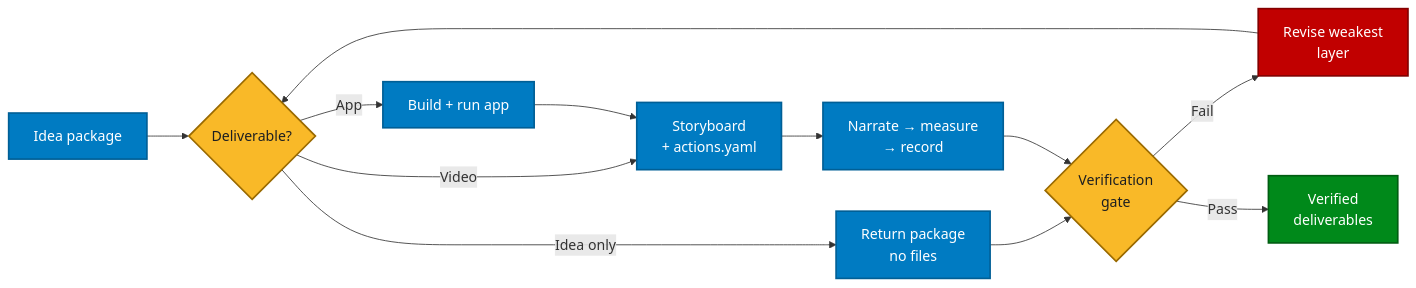
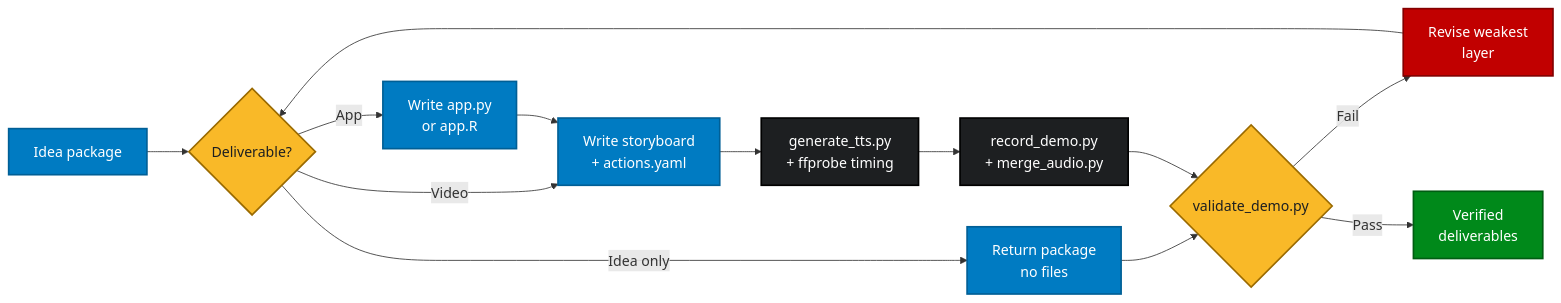
One commit to karangattu/shiny-component-shorts changed the second of 4 diagrams in presentation/loop-engineering.qmd. Above: the diagram before and after it, drawn with Mermaid. The commit also changed other lines of this file and 4 other files, not shown here.

Commit message:
add legend to mermaid diagrams

````diff
--- a/presentation/loop-engineering.qmd
+++ b/presentation/loop-engineering.qmd
@@ -385,24 +387,27 @@
 ```{mermaid}
 %%{init: {"themeVariables": {"fontFamily": "system-ui, -apple-system, sans-serif", "fontSize": "17px"}}}%%
 flowchart LR
     A["Idea package"] --> B{"Deliverable?"}
     B -- "Idea only" --> C["Return package<br/>no files"]
-    B -- "App" --> D["Build + run app"]
-    B -- "Video" --> E["Storyboard<br/>+ actions.yaml"]
+    B -- "App" --> D["Write app.py<br/>or app.R"]
+    B -- "Video" --> E["Write storyboard<br/>+ actions.yaml"]
     D --> E
-    E --> F["Narrate → measure<br/>→ record"]
-    C --> G{"Verification<br/>gate"}
-    F --> G
-    G -- "Fail" --> H["Revise weakest<br/>layer"]
-    H --> B
-    G -- "Pass" --> I["Verified<br/>deliverables"]
+    E --> F["generate_tts.py<br/>+ ffprobe timing"]
+    F --> G["record_demo.py<br/>+ merge_audio.py"]
+    C --> V{"validate_demo.py"}
+    G --> V
+    V -- "Fail" --> X["Revise weakest<br/>layer"]
+    X --> B
+    V -- "Pass" --> Z["Verified<br/>deliverables"]
 
-    classDef step fill:#007BC2,color:#FFFFFF,stroke:#005F96,stroke-width:2px;
+    classDef agent fill:#007BC2,color:#FFFFFF,stroke:#005F96,stroke-width:2px;
+    classDef script fill:#1D1F21,color:#FFFFFF,stroke:#000000,stroke-width:2px;
     classDef gate fill:#F9B928,color:#1D1F21,stroke:#9A6A00,stroke-width:2px;
     classDef bad fill:#C10000,color:#FFFFFF,stroke:#830000,stroke-width:2px;
     classDef good fill:#00891A,color:#FFFFFF,stroke:#005D12,stroke-width:2px;
-    class A,C,D,E,F step;
-    class B,G gate;
-    class H bad;
-    class I good;
+    class A,C,D,E agent;
+    class F,G script;
+    class B,V gate;
+    class X bad;
+    class Z good;
 ```
````
